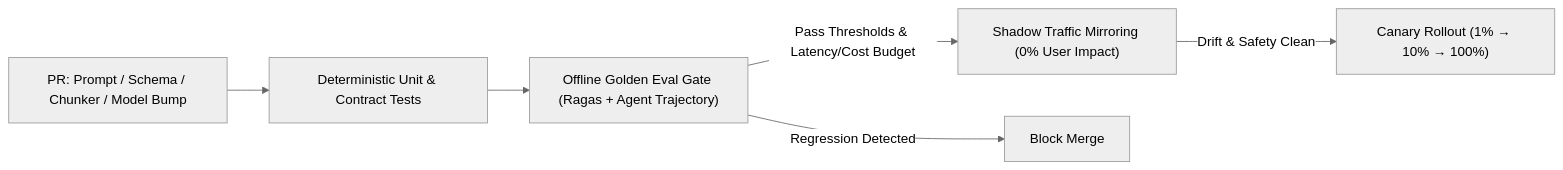
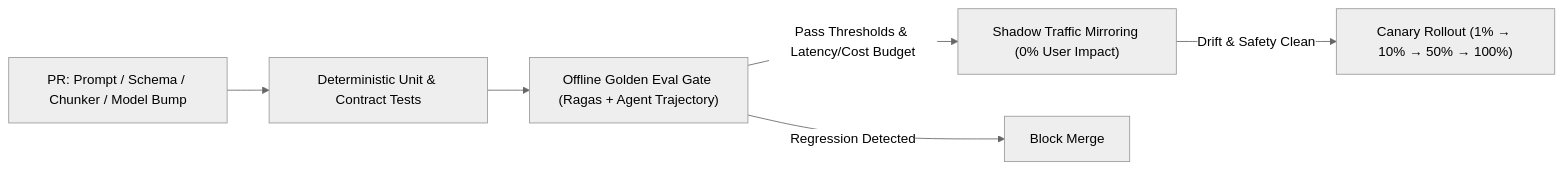
The second of 2 diagrams in architecture/ai-engineering/modules/06-llmops-serving-observability-and-cicd.md (espoem/zero-to-one), drawn with Mermaid (neutral theme) before and after one commit. The commit also changed other lines of this file and 43 other files, not shown here.

````diff
--- a/architecture/ai-engineering/modules/06-llmops-serving-observability-and-cicd.md
+++ b/architecture/ai-engineering/modules/06-llmops-serving-observability-and-cicd.md
@@ -76,8 +76,8 @@
 ```mermaid
 flowchart LR
   PR["PR: Prompt / Schema / Chunker / Model Bump"] --> Unit["Deterministic Unit & Contract Tests"]
   Unit --> Eval["Offline Golden Eval Gate (Ragas + Agent Trajectory)"]
   Eval -->|"Pass Thresholds & Latency/Cost Budget"| Shadow["Shadow Traffic Mirroring (0% User Impact)"]
   Eval -->|"Regression Detected"| Block["Block Merge"]
-  Shadow -->|"Drift & Safety Clean"| Canary["Canary Rollout (1% → 10% → 100%)"]
+  Shadow -->|"Drift & Safety Clean"| Canary["Canary Rollout (1% → 10% → 50% → 100%)"]
 ```
````
